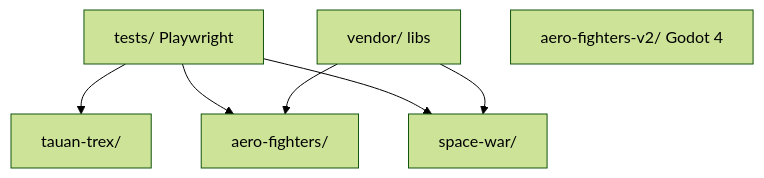
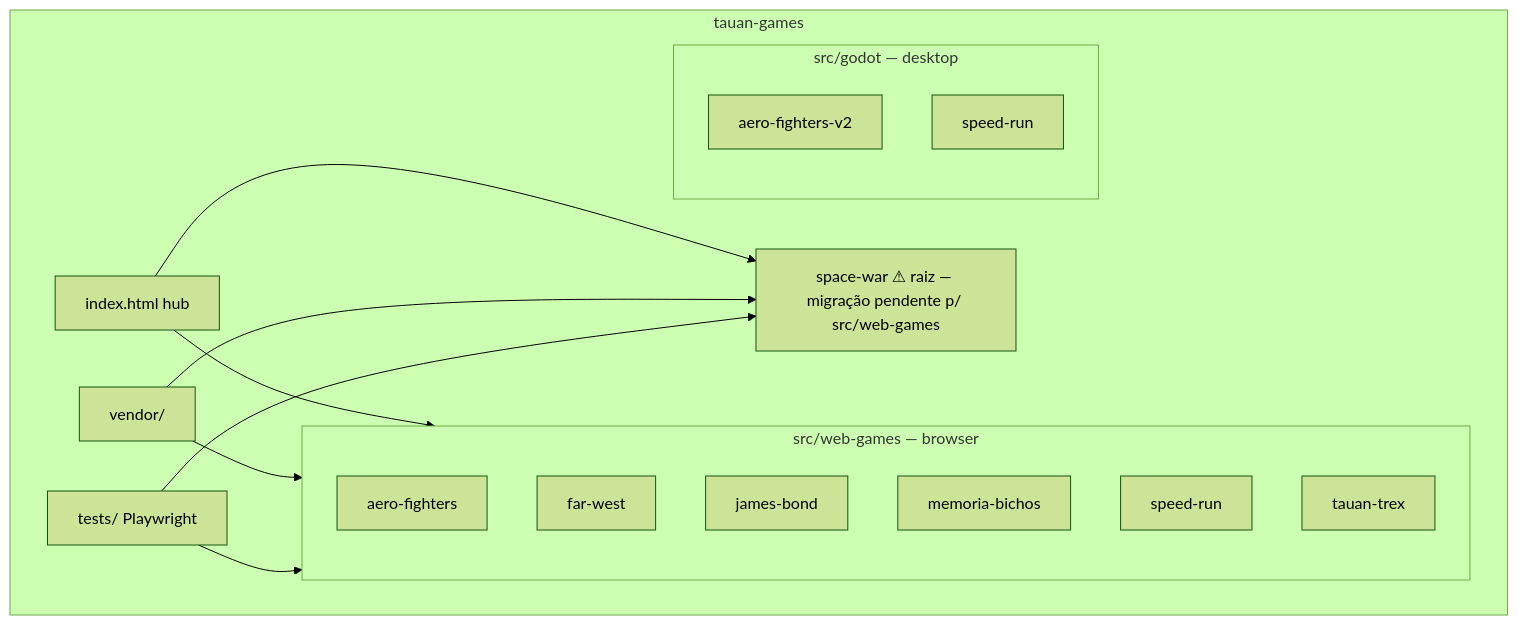
One commit to marcoaureliomenezes/tauan-games changed the first of 3 diagrams in specs/memory/architecture.md. Above: the diagram before and after it, drawn with Mermaid (forest theme). The commit also changed other lines of this file and 91 other files, not shown here.

````diff
--- a/specs/memory/architecture.md
+++ b/specs/memory/architecture.md
@@ -64,14 +25,27 @@
 ```mermaid
 flowchart TB
-    tests[tests/ Playwright]
-    vendor[vendor/ libs]
-    trex[tauan-trex/]
-    aero[aero-fighters/]
-    sw[space-war/]
-    aerov2[aero-fighters-v2/ Godot 4]
-    tests --> trex
-    tests --> aero
+    subgraph repo[tauan-games]
+        hub[index.html hub]
+        subgraph web[src/web-games — browser]
+            af[aero-fighters]
+            fw[far-west]
+            jb[james-bond]
+            mb[memoria-bichos]
+            srw[speed-run]
+            tt[tauan-trex]
+        end
+        subgraph god[src/godot — desktop]
+            afv2[aero-fighters-v2]
+            srg[speed-run]
+        end
+        sw[space-war ⚠ raiz — migração pendente p/ src/web-games]
+        vendor[vendor/]
+        tests[tests/ Playwright]
+    end
+    hub --> web
+    hub --> sw
+    vendor --> web
+    vendor --> sw
+    tests --> web
     tests --> sw
-    vendor --> aero
-    vendor --> sw
 ```
````
